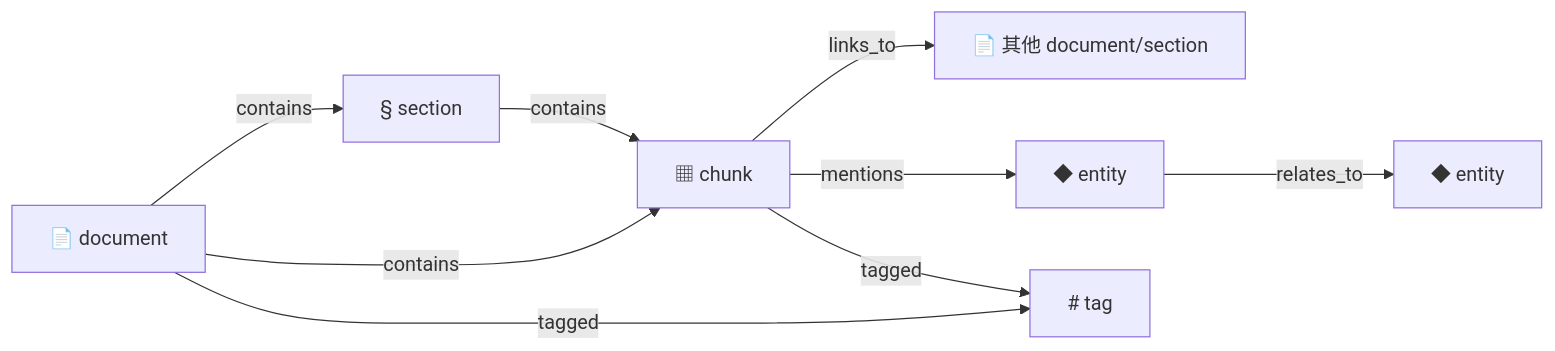
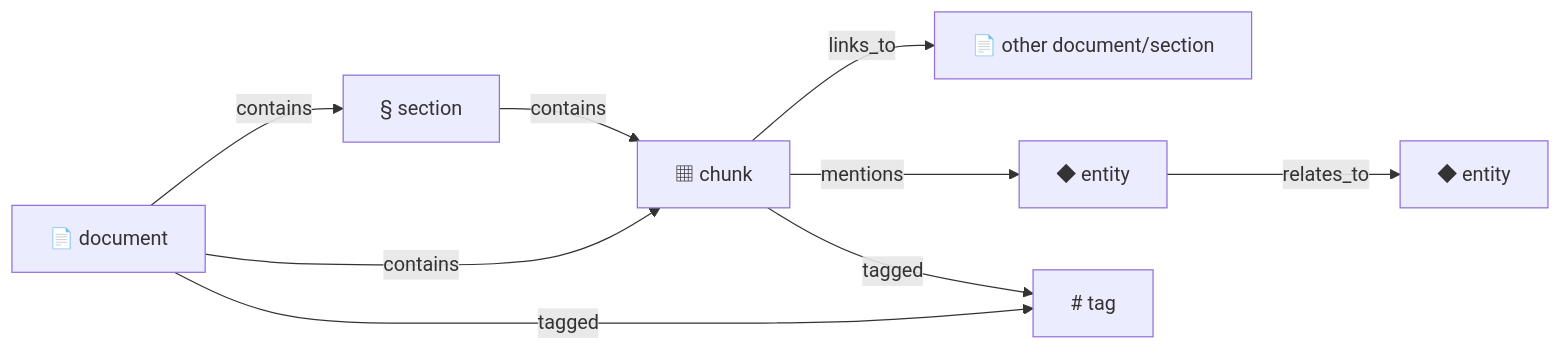
One commit to Jouryjc/markdown-graph changed the second of 6 diagrams in README.md. Above: the diagram before and after it, drawn with Mermaid. The commit also changed other lines of this file and 2 other files, not shown here.

````diff
--- a/README.md
+++ b/README.md
@@ -151,11 +161,11 @@
 ```mermaid
 flowchart LR
     DOC["📄 document"] -->|contains| SEC["§ section"]
     SEC -->|contains| CHK["▦ chunk"]
     DOC -->|contains| CHK
-    CHK -->|links_to| DOC2["📄 其他 document/section"]
+    CHK -->|links_to| DOC2["📄 other document/section"]
     CHK -->|mentions| ENT["◆ entity"]
     ENT -->|relates_to| ENT2["◆ entity"]
     DOC -->|tagged| TAG["# tag"]
     CHK -->|tagged| TAG
 ```
````
